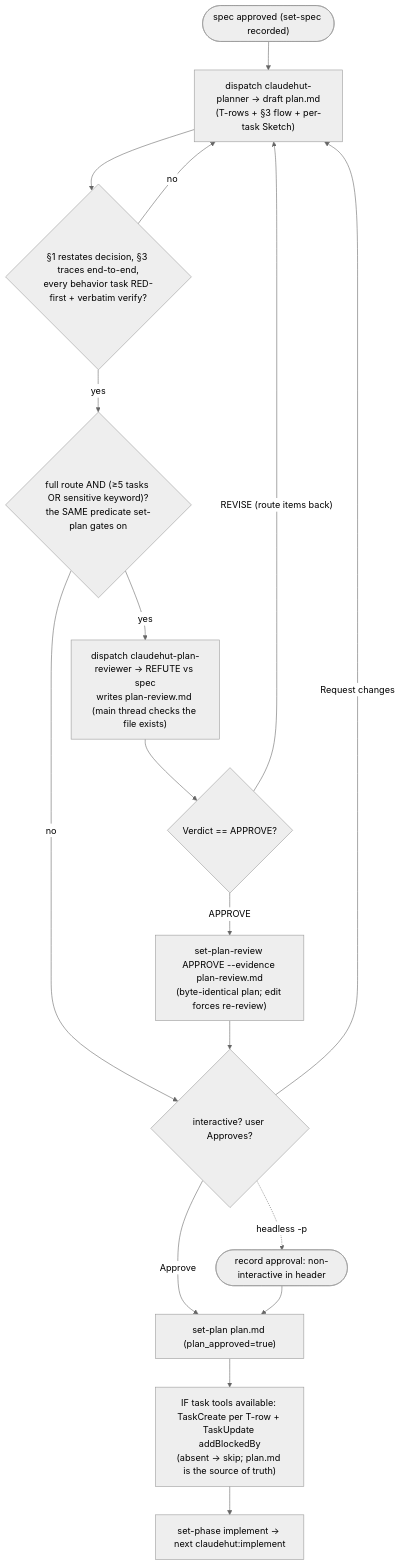
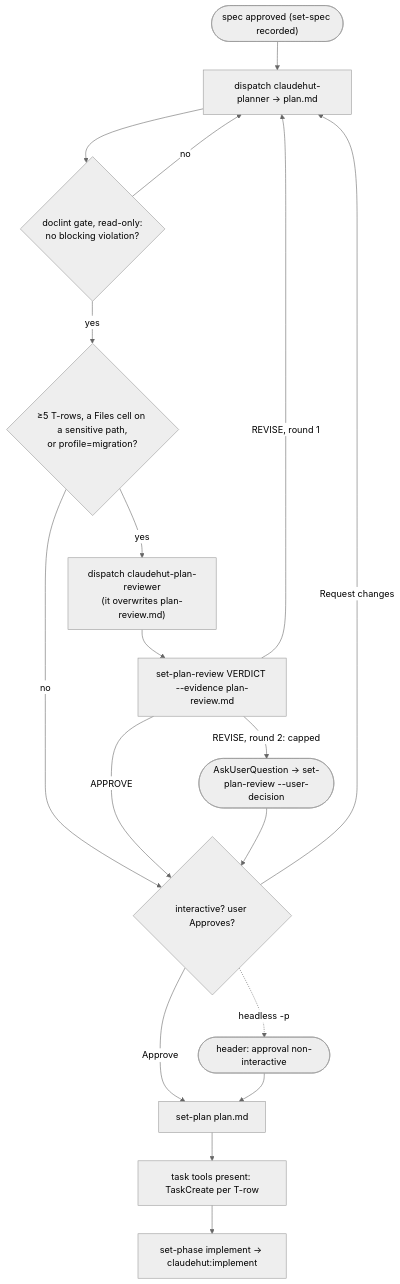
One commit to taipt1504/claudehut changed the diagram in skills/write-plan/SKILL.md. Above: the diagram before and after it, drawn with Mermaid (neutral theme). The commit also changed other lines of this file and 48 other files, not shown here.

````diff
--- a/skills/write-plan/SKILL.md
+++ b/skills/write-plan/SKILL.md
@@ -14,19 +15,20 @@
 ```mermaid
 flowchart TB
-    s(["spec approved (set-spec recorded)"]) --> draft["dispatch claudehut-planner → draft plan.md<br/>(T-rows + §3 flow + per-task Sketch)"]
-    draft --> check{"§1 restates decision, §3 traces end-to-end,<br/>every behavior task RED-first + verbatim verify?"}
+    s(["spec approved (set-spec recorded)"]) --> draft["dispatch claudehut-planner → plan.md"]
+    draft --> check{"doclint gate, read-only:<br/>no blocking violation?"}
     check -- "no" --> draft
-    check -- "yes" --> smart{"full route AND (≥5 tasks OR sensitive keyword)?<br/>the SAME predicate set-plan gates on"}
+    check -- "yes" --> smart{"≥5 T-rows, a Files cell on a sensitive path,<br/>or profile=migration?"}
     smart -- "no" --> ask
-    smart -- "yes" --> rev["dispatch claudehut-plan-reviewer → REFUTE vs spec<br/>writes plan-review.md (main thread checks the file exists)"]
-    rev --> verdict{"Verdict == APPROVE?"}
-    verdict -- "REVISE (route items back)" --> draft
-    verdict -- "APPROVE" --> record["set-plan-review APPROVE --evidence plan-review.md<br/>(byte-identical plan; edit forces re-review)"]
-    record --> ask{"interactive? user Approves?"}
+    smart -- "yes" --> rev["dispatch claudehut-plan-reviewer<br/>(it overwrites plan-review.md)"]
+    rev --> rec["set-plan-review VERDICT --evidence plan-review.md"]
+    rec -- "REVISE, round 1" --> draft
+    rec -- "REVISE, round 2: capped" --> cap(["AskUserQuestion → set-plan-review --user-decision"])
+    rec -- "APPROVE" --> ask{"interactive? user Approves?"}
+    cap --> ask
     ask -- "Request changes" --> draft
-    ask -. "headless -p" .-> bypass(["record approval: non-interactive in header"])
-    ask -- "Approve" --> setplan["set-plan plan.md (plan_approved=true)"]
+    ask -. "headless -p" .-> bypass(["header: approval non-interactive"])
+    ask -- "Approve" --> setplan["set-plan plan.md"]
     bypass --> setplan
-    setplan --> mirror["IF task tools available: TaskCreate per T-row + TaskUpdate addBlockedBy<br/>(absent → skip; plan.md is the source of truth)"]
-    mirror --> phase["set-phase implement → next claudehut:implement"]
+    setplan --> mirror["task tools present: TaskCreate per T-row"]
+    mirror --> phase["set-phase implement → claudehut:implement"]
 ```
````
